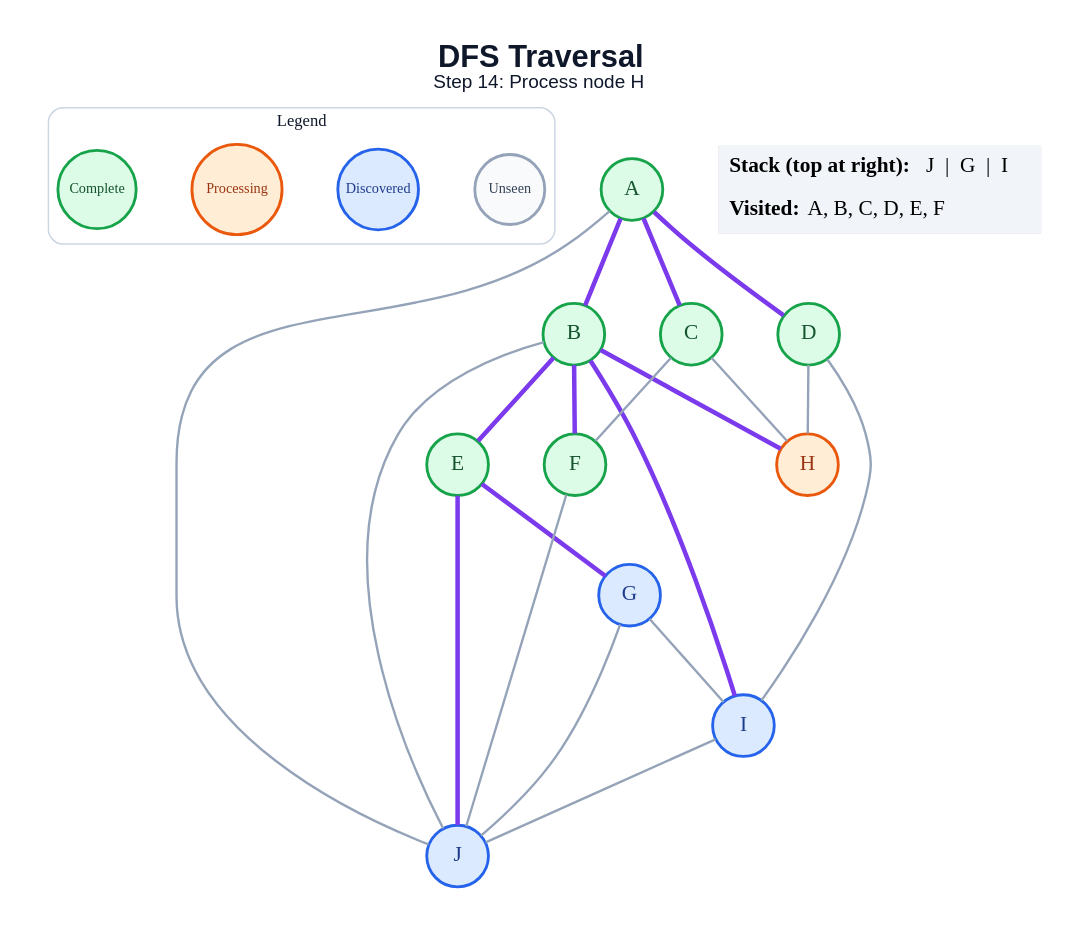
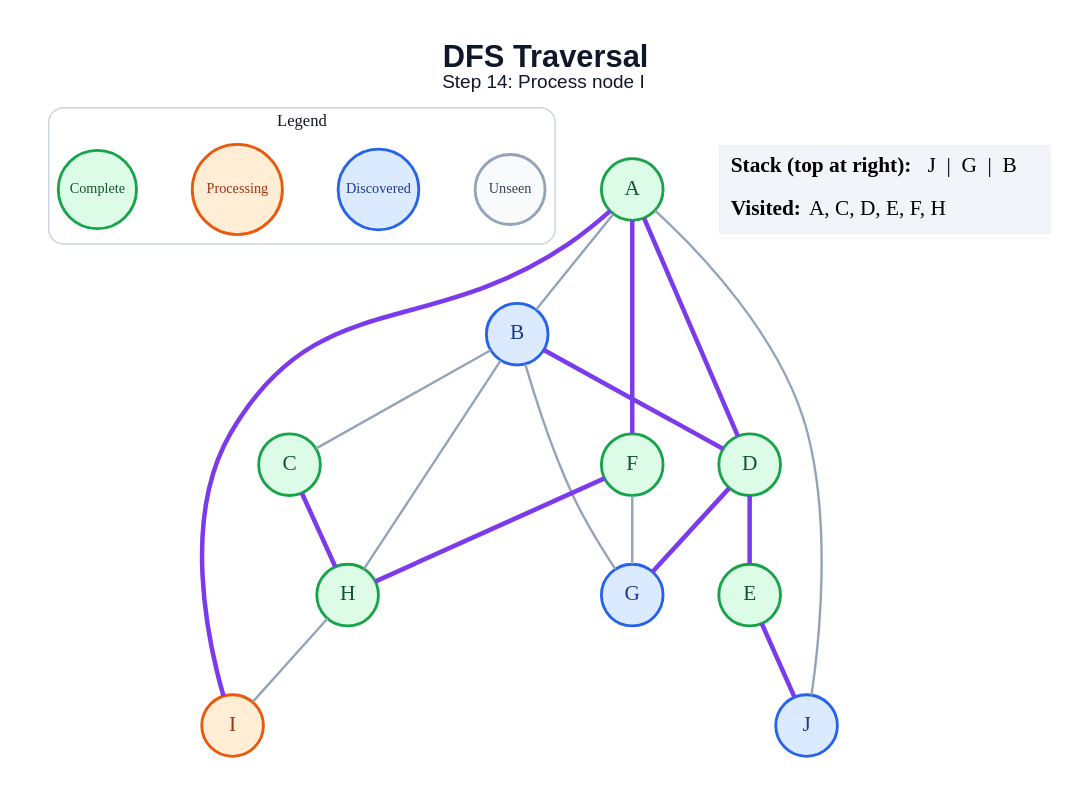
The diagram in generated/specific-node/dfs/step_14.dot (anon7238593-create/ai-slop), drawn with Graphviz before and after one commit. The commit also changed 171 other files, not shown here.

```diff
--- a/generated/specific-node/dfs/step_14.dot
+++ b/generated/specific-node/dfs/step_14.dot
@@ -1,48 +1,45 @@
 graph traversal {
   graph [layout=dot, rankdir=TB, bgcolor="#FFFFFF", pad="0.35", nodesep="0.65", ranksep="0.8", fontname="Arial"];
   node [shape=circle, style="filled", fontname="Arial Bold", fontsize=18, width=0.72, fixedsize=true, penwidth=2.4];
   edge [color="#94A3B8", penwidth=2.0];
-  label=<<B>DFS Traversal</B><BR/><FONT POINT-SIZE="16">Step 14: Process node H</FONT>>; labelloc="t"; fontsize=26; fontname="Arial"; fontcolor="#0F172A";
+  label=<<B>DFS Traversal</B><BR/><FONT POINT-SIZE="16">Step 14: Process node I</FONT>>; labelloc="t"; fontsize=26; fontname="Arial"; fontcolor="#0F172A";
   subgraph cluster_legend { label="Legend"; color="#CBD5E1"; penwidth=1.2; style="rounded"; fontsize=14; fontname="Arial Bold";
     key_unseen [label="Unseen", fillcolor="#F8FAFC", color="#94A3B8", fontcolor="#334155", fontsize=12, width=0.82];
     key_frontier [label="Discovered", fillcolor="#DBEAFE", color="#2563EB", fontcolor="#1E3A8A", fontsize=12, width=0.95];
     key_current [label="Processing", fillcolor="#FFEDD5", color="#EA580C", fontcolor="#9A3412", fontsize=12, width=1.05];
     key_done [label="Complete", fillcolor="#DCFCE7", color="#16A34A", fontcolor="#14532D", fontsize=12, width=0.92];
     { rank=same; key_unseen; key_frontier; key_current; key_done; }
   }
   A [fillcolor="#DCFCE7", color="#16A34A", fontcolor="#14532D"];
-  B [fillcolor="#DCFCE7", color="#16A34A", fontcolor="#14532D"];
+  B [fillcolor="#DBEAFE", color="#2563EB", fontcolor="#1E3A8A"];
   C [fillcolor="#DCFCE7", color="#16A34A", fontcolor="#14532D"];
   D [fillcolor="#DCFCE7", color="#16A34A", fontcolor="#14532D"];
   E [fillcolor="#DCFCE7", color="#16A34A", fontcolor="#14532D"];
   F [fillcolor="#DCFCE7", color="#16A34A", fontcolor="#14532D"];
   G [fillcolor="#DBEAFE", color="#2563EB", fontcolor="#1E3A8A"];
-  H [fillcolor="#FFEDD5", color="#EA580C", fontcolor="#9A3412"];
-  I [fillcolor="#DBEAFE", color="#2563EB", fontcolor="#1E3A8A"];
+  H [fillcolor="#DCFCE7", color="#16A34A", fontcolor="#14532D"];
+  I [fillcolor="#FFEDD5", color="#EA580C", fontcolor="#9A3412"];
   J [fillcolor="#DBEAFE", color="#2563EB", fontcolor="#1E3A8A"];
-  A -- B [color="#7C3AED", penwidth=3.8];
-  A -- C [color="#7C3AED", penwidth=3.8];
+  A -- B;
   A -- D [color="#7C3AED", penwidth=3.8];
+  A -- F [color="#7C3AED", penwidth=3.8];
+  A -- I [color="#7C3AED", penwidth=3.8];
   A -- J;
-  B -- E [color="#7C3AED", penwidth=3.8];
-  B -- F [color="#7C3AED", penwidth=3.8];
-  B -- H [color="#7C3AED", penwidth=3.8];
-  B -- I [color="#7C3AED", penwidth=3.8];
-  B -- J;
-  C -- F;
-  C -- H;
-  D -- H;
-  D -- I;
-  E -- G [color="#7C3AED", penwidth=3.8];
+  B -- C;
+  B -- D [color="#7C3AED", penwidth=3.8];
+  B -- G;
+  B -- H;
+  C -- H [color="#7C3AED", penwidth=3.8];
+  D -- E [color="#7C3AED", penwidth=3.8];
+  D -- G [color="#7C3AED", penwidth=3.8];
   E -- J [color="#7C3AED", penwidth=3.8];
-  F -- J;
-  G -- I;
-  G -- J;
-  I -- J;
+  F -- G;
+  F -- H [color="#7C3AED", penwidth=3.8];
+  H -- I;
   status [shape=plain, fixedsize=false, width=0, height=0, margin=0, label=<
     <TABLE BORDER="0" CELLBORDER="0" CELLPADDING="7" BGCOLOR="#F1F5F9">
-      <TR><TD ALIGN="LEFT"><B>Stack (top at right):</B> J  |  G  |  I</TD></TR>
-      <TR><TD ALIGN="LEFT"><B>Visited:</B> A, B, C, D, E, F</TD></TR>
+      <TR><TD ALIGN="LEFT"><B>Stack (top at right):</B> J  |  G  |  B</TD></TR>
+      <TR><TD ALIGN="LEFT"><B>Visited:</B> A, C, D, E, F, H</TD></TR>
     </TABLE>
   >];
 }
```
